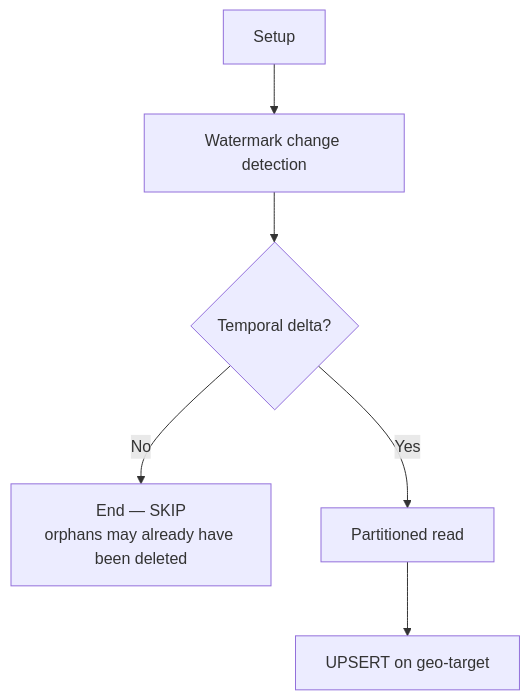
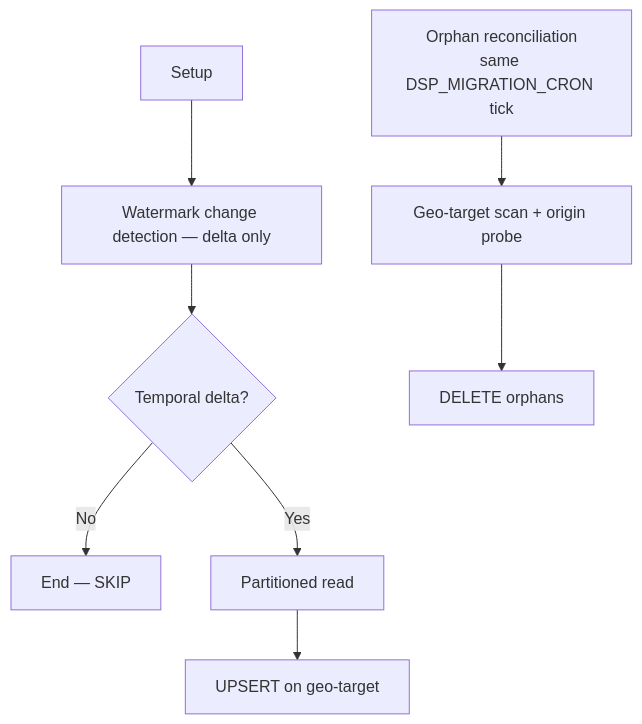
One commit to Rural-Environmental-Registry/dsp-docs changed the second of 2 diagrams in docs/en/modules/job-data-migration/generic-layers.md. Above: the diagram before and after it, drawn with Mermaid. The commit also changed other lines of this file and 7 other files, not shown here.

Commit message:
docs(job-data-migration): document orphan reconciliation as a separate job on the same cron tick.

````diff
--- a/docs/en/modules/job-data-migration/generic-layers.md
+++ b/docs/en/modules/job-data-migration/generic-layers.md
@@ -177,8 +177,10 @@
 ```mermaid
 flowchart TD
-  A[Setup] --> B[Watermark change detection]
+  A[Setup] --> B[Watermark change detection — delta only]
   B --> C{Temporal delta?}
-  C -->|No| D[End — SKIP<br/>orphans may already have been deleted]
+  C -->|No| D[End — SKIP]
   C -->|Yes| E[Partitioned read]
   E --> F[UPSERT on geo-target]
+  G[Orphan reconciliation<br/>same DSP_MIGRATION_CRON tick] --> H[Geo-target scan + origin probe]
+  H --> I[DELETE orphans]
 ```
````
